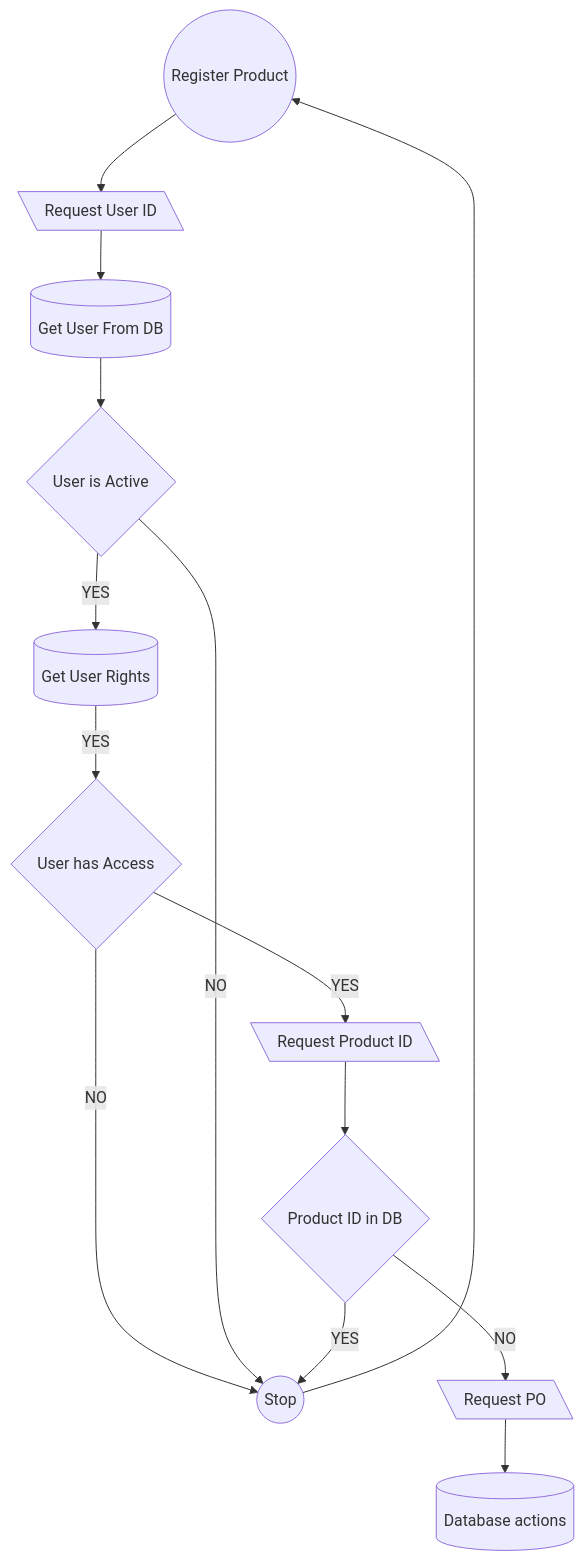
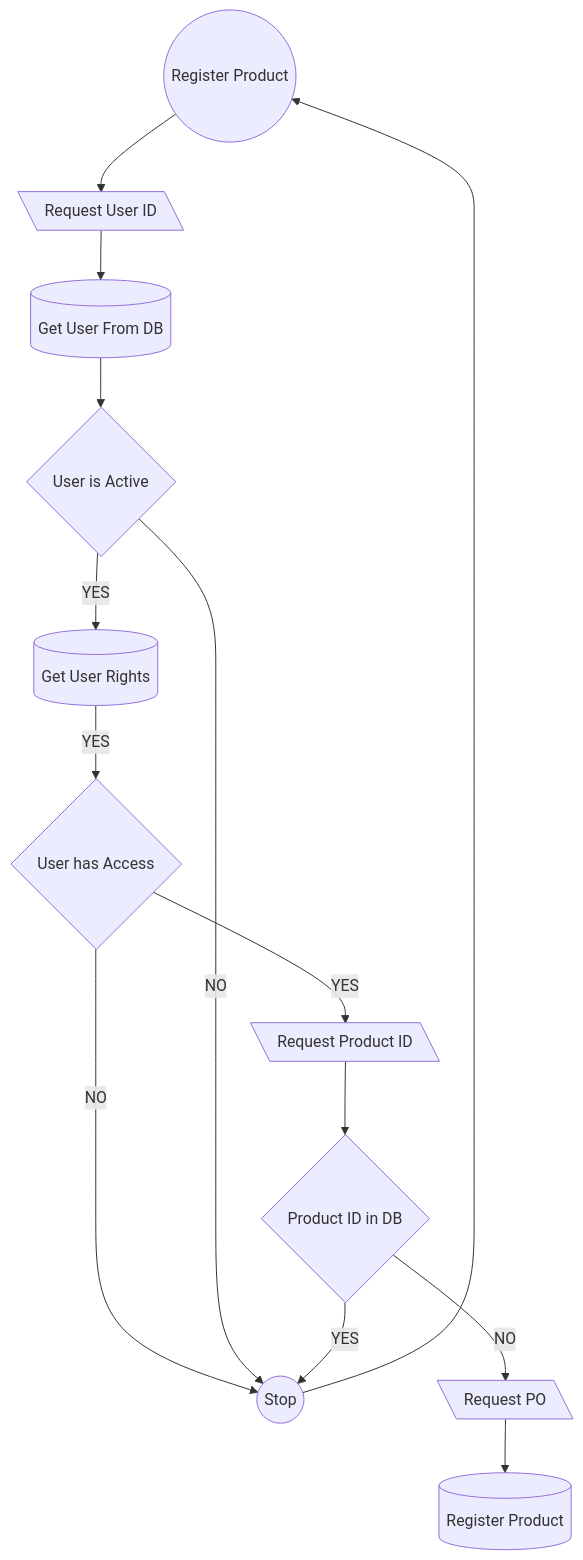
Before and after one commit to spreadsheetsonlineproject/hubner-lms: the diagram in Writerside/topics/RegisterProduct.md, drawn with Mermaid. The commit also changed other lines of this file, not shown here.

````diff
--- a/Writerside/topics/RegisterProduct.md
+++ b/Writerside/topics/RegisterProduct.md
@@ -9,17 +9,17 @@
 ``` mermaid
 flowchart
 
     Flow((Register Product)) --> RequestUserID[\Request User ID\]
     Stop --> Flow
     RequestUserID --> GetUserFromDB[(Get User From DB)]
     GetUserFromDB --> UserIsActive{User is Active}
     UserIsActive -->|YES| GetUserRightsFromDB[(Get User Rights)]
     GetUserRightsFromDB -->|YES| UserHasAccess{User has Access}
     UserHasAccess -->|NO| Stop((Stop))
     UserIsActive -->|NO| Stop
     UserHasAccess -->|YES| RequestProductID[\Request Product ID\]
     RequestProductID --> ProductIdInDB{Product ID in DB}
     ProductIdInDB -->|YES| Stop
     ProductIdInDB -->|NO| RequestPO[\Request PO\]
-    RequestPO --> DbAction[(Database actions)]
+    RequestPO --> RegisterProduct[(Register Product)]
 ```
````
